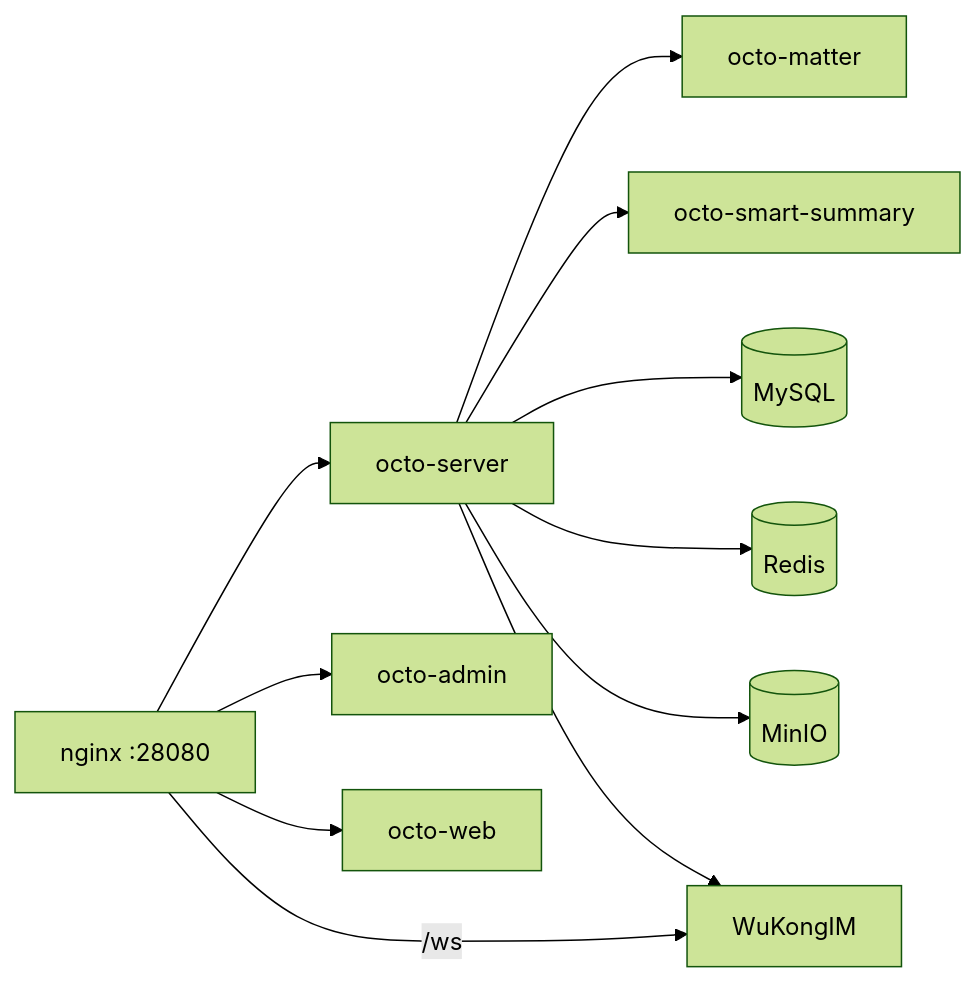
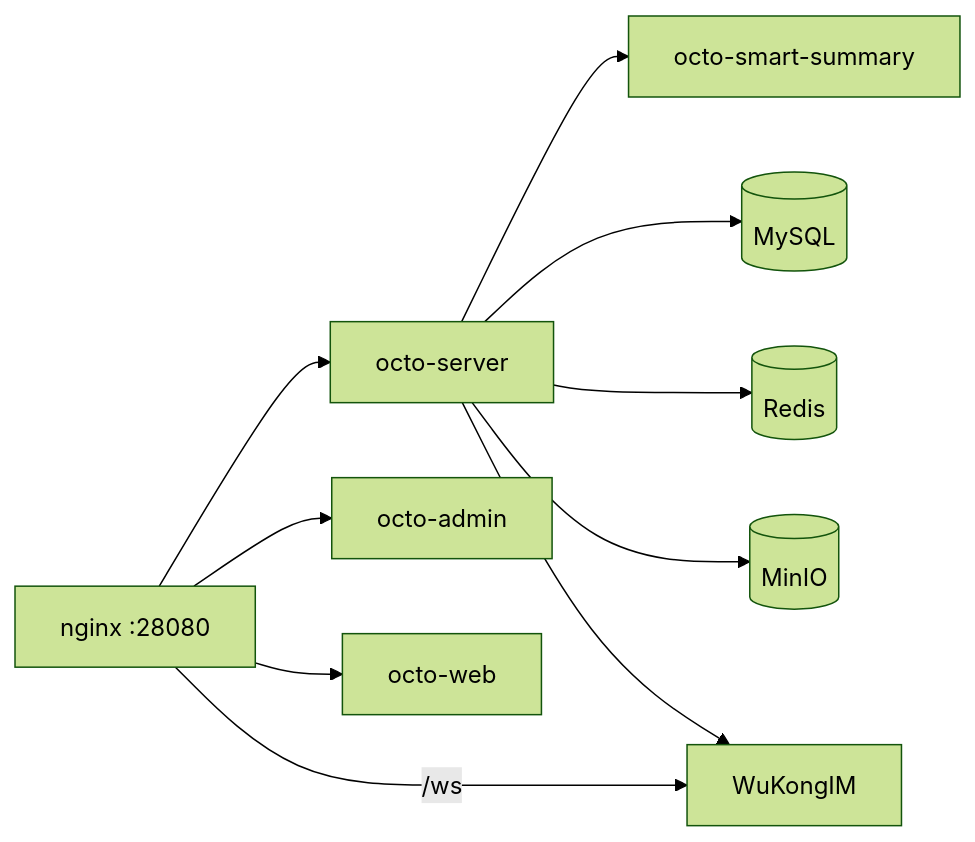
Before and after one commit to Mininglamp-OSS/octo-docs: the diagram in get-started/quickstart-deploy.mdx, drawn with Mermaid (forest theme). The commit also changed other lines of this file and 60 other files, not shown here.

````diff
--- a/get-started/quickstart-deploy.mdx
+++ b/get-started/quickstart-deploy.mdx
@@ -124,13 +124,12 @@
 ```mermaid
 graph LR
   nginx[nginx :28080] --> server[octo-server]
   nginx --> admin[octo-admin]
   nginx --> web[octo-web]
   nginx -->|/ws| wk[WuKongIM]
-  server --> matter[octo-matter]
   server --> summary[octo-smart-summary]
   server --> mysql[(MySQL)]
   server --> redis[(Redis)]
   server --> minio[(MinIO)]
   server --> wk
 ```
````
